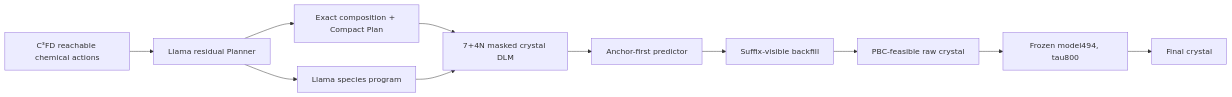
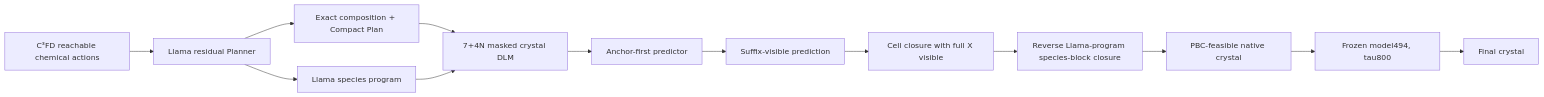
Before and after one commit to YWDDLiang/DLM: the diagram in README.md, drawn with Mermaid. The commit also changed other lines of this file and 18 other files, not shown here.

Commit message:
feat: add Llama-programmed basin closure

````diff
--- a/README.md
+++ b/README.md
@@ -24,13 +29,15 @@
 ```mermaid
 flowchart LR
     C[C³FD reachable chemical actions] --> L[Llama residual Planner]
     L --> P[Exact composition + Compact Plan]
     L --> O[Llama species program]
     P --> D[7+4N masked crystal DLM]
     O --> D
     D --> A[Anchor-first predictor]
-    A --> B[Suffix-visible backfill]
-    B --> G[PBC-feasible raw crystal]
+    A --> B[Suffix-visible prediction]
+    B --> K[Cell closure with full X visible]
+    K --> Q[Reverse Llama-program species-block closure]
+    Q --> G[PBC-feasible native crystal]
     G --> M[Frozen model494, tau800]
     M --> X[Final crystal]
 ```
````
